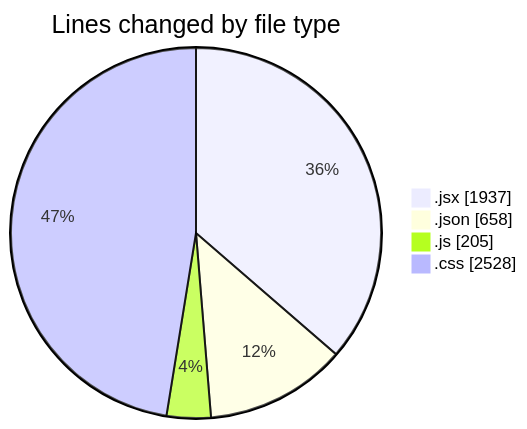
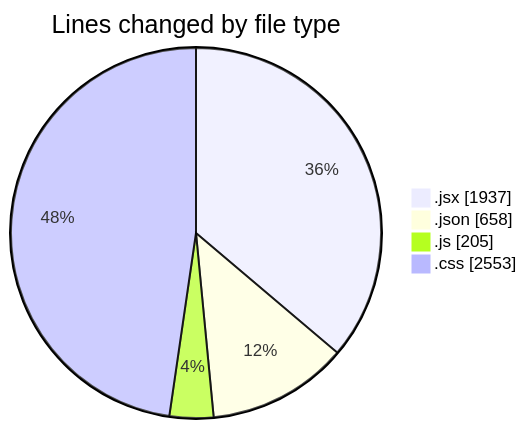
One commit to BS-eng2023/code-tracking changed the first of 2 diagrams in 2025-05-04/project/README.md. Above: the diagram before and after it, drawn with Mermaid. The commit also changed other lines of this file and 1 other file, not shown here.

````diff
--- a/2025-05-04/project/README.md
+++ b/2025-05-04/project/README.md
@@ -43,8 +43,8 @@
 ```mermaid
 pie showData
 title Lines changed by file type
 ".jsx" : 1937
 ".json" : 658
 ".js" : 205
-".css" : 2528
+".css" : 2553
 ```
````
